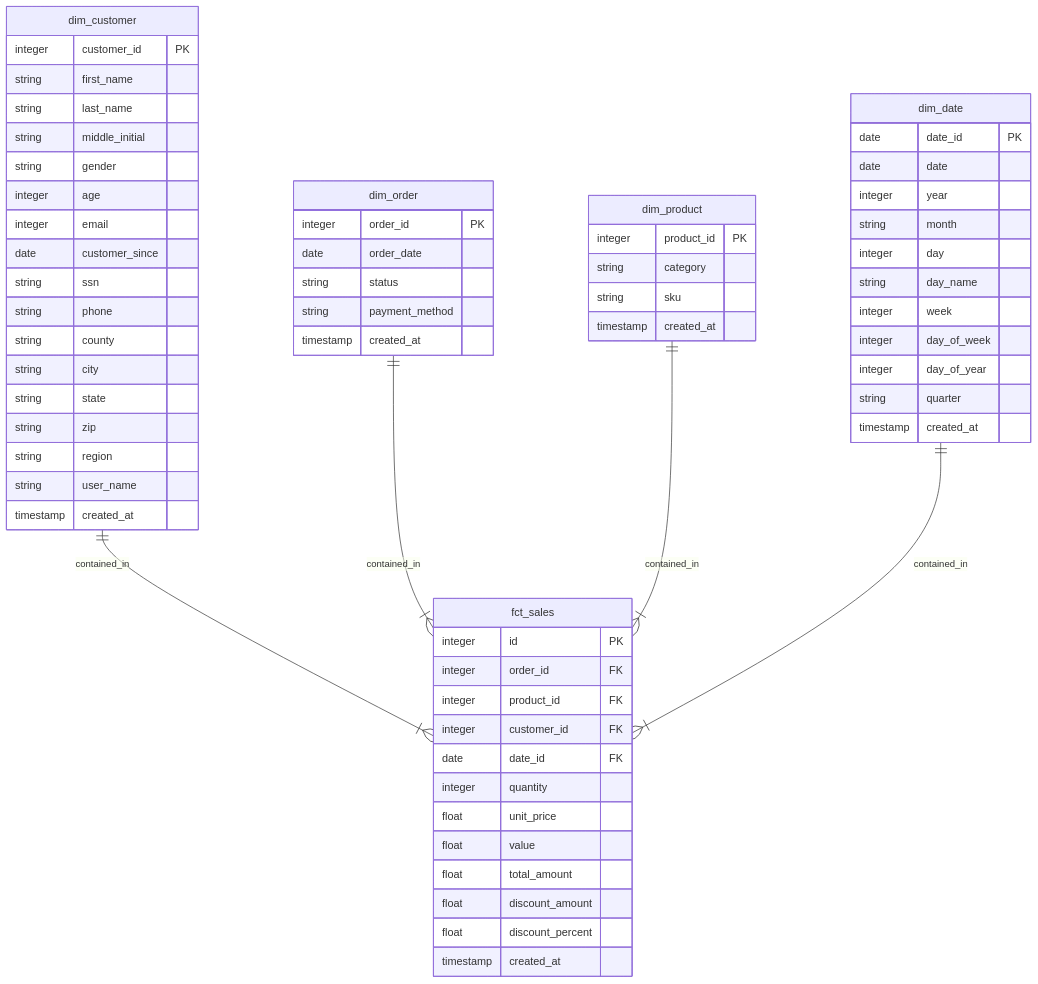
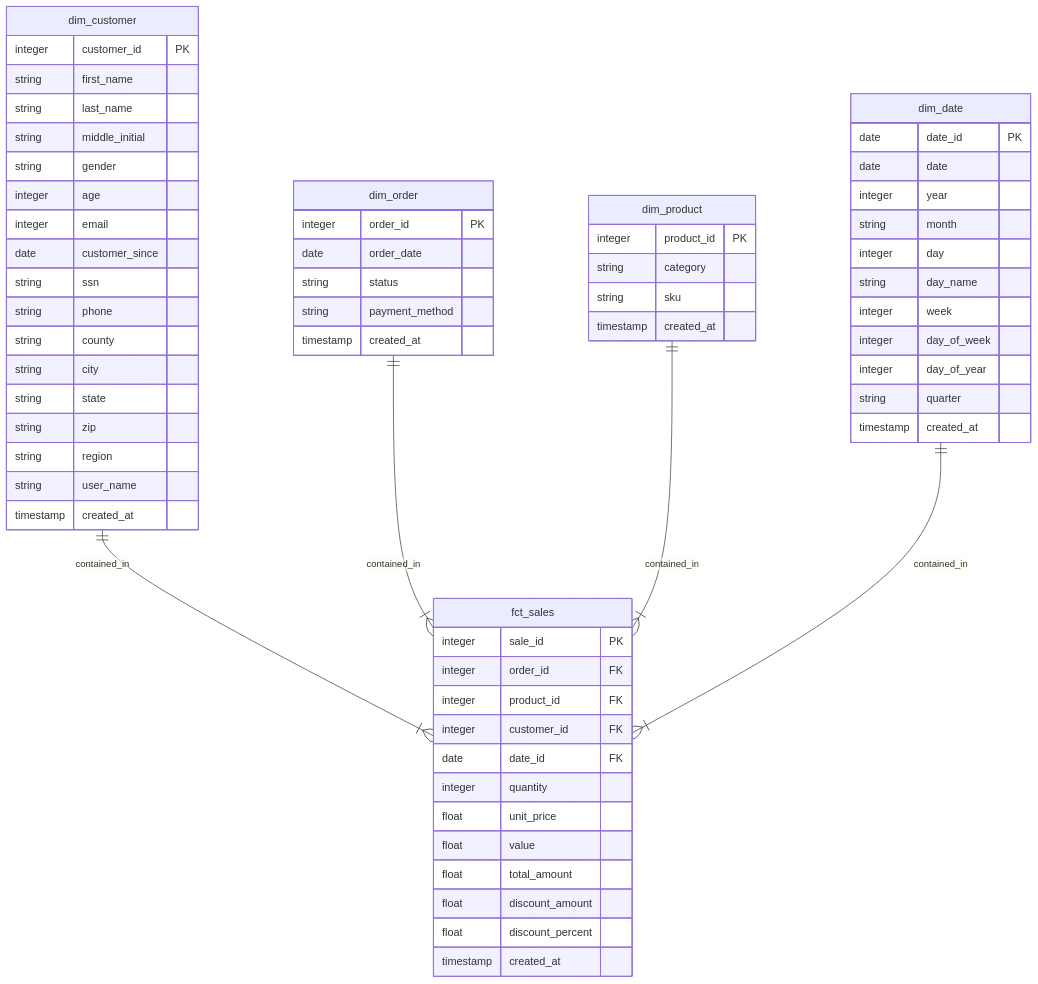
Before and after one commit to Narapady/us-sale-analytic: the diagram in data_modeling.md, drawn with Mermaid. The commit also changed 8 other files, not shown here.

````diff
--- a/data_modeling.md
+++ b/data_modeling.md
@@ -4,67 +4,67 @@
 ```mermaid
 erDiagram
     dim_customer ||--|{ fct_sales: contained_in
     dim_customer {
         integer customer_id PK
         string first_name
         string last_name
         string middle_initial
         string gender
         integer age
         integer email
         date customer_since
         string ssn
         string phone
         string county
         string city
         string state
         string zip
         string region
         string user_name
         timestamp created_at
     }
     dim_order ||--|{ fct_sales: contained_in
     dim_order {
         integer order_id PK
         date order_date
         string status
         string payment_method
         timestamp created_at
     }
     dim_product ||--|{ fct_sales: contained_in
     dim_product {
         integer product_id PK
         string category
         string sku
         timestamp created_at
 
     }
     dim_date ||--|{ fct_sales: contained_in
     dim_date {
         date date_id PK
         date date
         integer year
         string month
         integer day
         string day_name
         integer week
         integer day_of_week
         integer day_of_year
         string quarter
         timestamp created_at
     }
     fct_sales {
-        integer id PK
+        integer sale_id PK
         integer order_id FK
         integer product_id FK
         integer customer_id FK
         date date_id FK
         integer quantity
         float unit_price
         float value
         float total_amount
         float discount_amount
         float discount_percent
         timestamp created_at
     }
 ```
````
